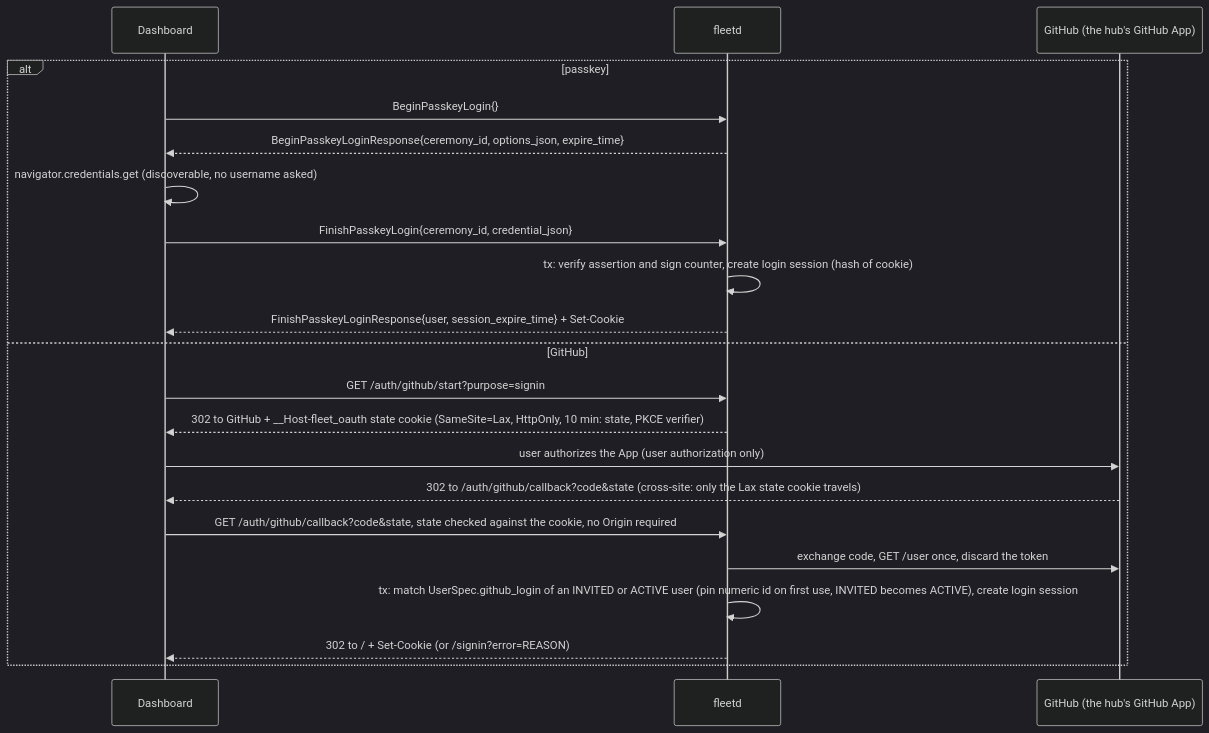
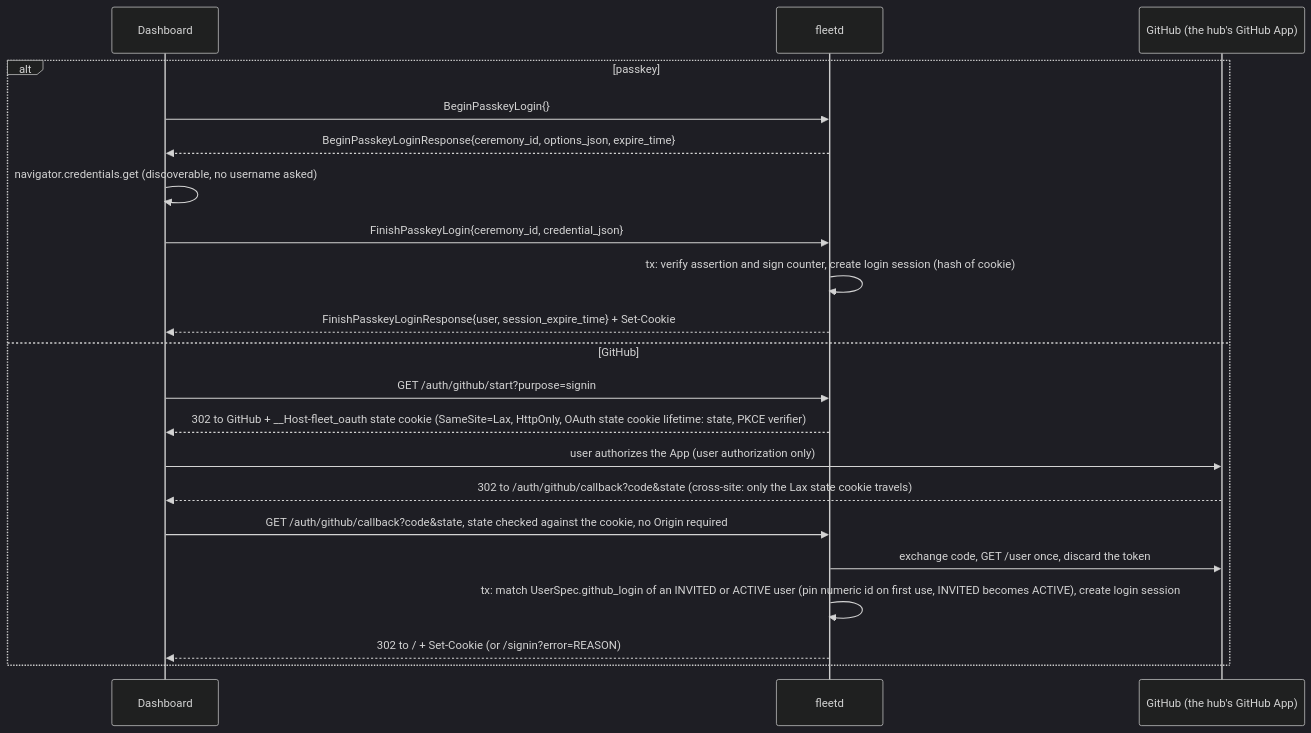
One commit to linuxdynasty/fleet-board changed the second of 4 diagrams in docs/specs/02f-hub-authentication.md. Above: the diagram before and after it, drawn with Mermaid (dark theme). The commit also changed other lines of this file and 17 other files, not shown here.

First line of the commit message:
docs(specs): move the five flow diagrams that no spec had, defaults rows for the rest, 01c citations to verified-facts

````diff
--- a/docs/specs/02f-hub-authentication.md
+++ b/docs/specs/02f-hub-authentication.md
@@ -227,23 +227,23 @@
 ```mermaid
 sequenceDiagram
   participant D as Dashboard
   participant H as fleetd
   participant G as GitHub (the hub's GitHub App)
   alt passkey
     D->>H: BeginPasskeyLogin{}
     H-->>D: BeginPasskeyLoginResponse{ceremony_id, options_json, expire_time}
     D->>D: navigator.credentials.get (discoverable, no username asked)
     D->>H: FinishPasskeyLogin{ceremony_id, credential_json}
     H->>H: tx: verify assertion and sign counter, create login session (hash of cookie)
     H-->>D: FinishPasskeyLoginResponse{user, session_expire_time} + Set-Cookie
   else GitHub
     D->>H: GET /auth/github/start?purpose=signin
-    H-->>D: 302 to GitHub + __Host-fleet_oauth state cookie (SameSite=Lax, HttpOnly, 10 min: state, PKCE verifier)
+    H-->>D: 302 to GitHub + __Host-fleet_oauth state cookie (SameSite=Lax, HttpOnly, OAuth state cookie lifetime: state, PKCE verifier)
     D->>G: user authorizes the App (user authorization only)
     G-->>D: 302 to /auth/github/callback?code&state (cross-site: only the Lax state cookie travels)
     D->>H: GET /auth/github/callback?code&state, state checked against the cookie, no Origin required
     H->>G: exchange code, GET /user once, discard the token
     H->>H: tx: match UserSpec.github_login of an INVITED or ACTIVE user (pin numeric id on first use, INVITED becomes ACTIVE), create login session
     H-->>D: 302 to / + Set-Cookie (or /signin?error=REASON)
   end
 ```
````
